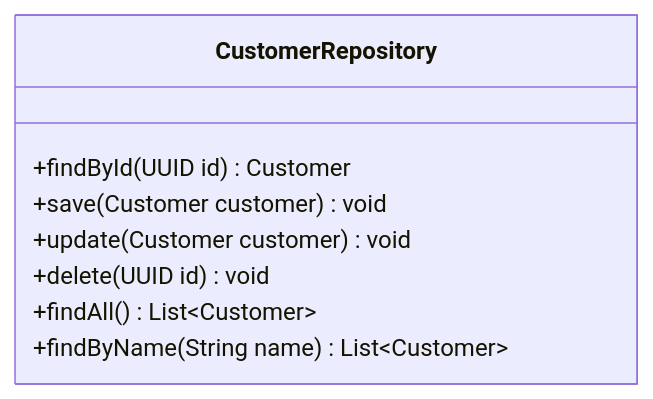
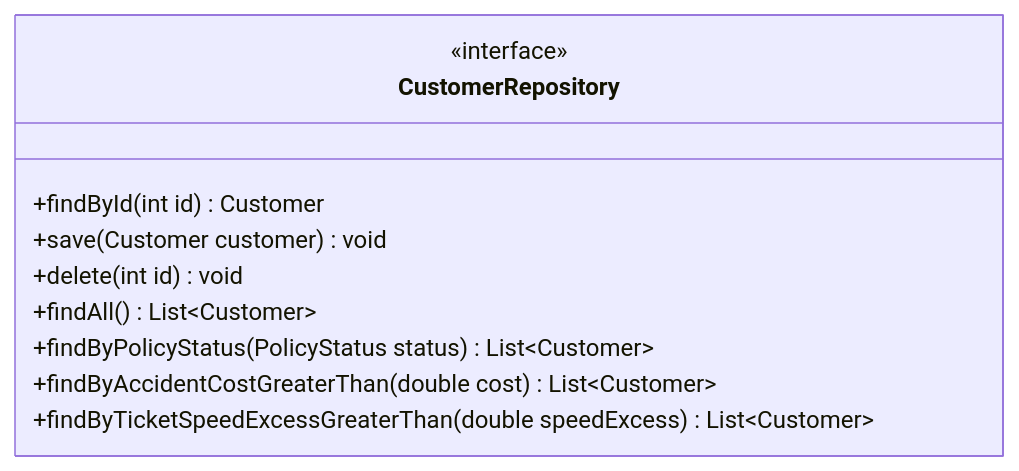
Before and after one commit to SirSimon04/clean-car-insurance: the sixth of 6 diagrams in Autoversicherung.md, drawn with Mermaid. The commit also changed other lines of this file, not shown here.

````diff
--- a/Autoversicherung.md
+++ b/Autoversicherung.md
@@ -281,11 +280,13 @@
 ```mermaid
 classDiagram
 class CustomerRepository {
-  +findById(UUID id) Customer
-  +save(Customer customer) void
-  +update(Customer customer) void
-  +delete(UUID id) void
+  +findById(int id) Customer
+  +save(Customer customer) void  
+  +delete(int id) void
   +findAll() List~Customer~
-  +findByName(String name) List~Customer~
+  +findByPolicyStatus(PolicyStatus status) List~Customer~
+  +findByAccidentCostGreaterThan(double cost) List~Customer~
+  +findByTicketSpeedExcessGreaterThan(double speedExcess) List~Customer~
 }
+<<interface>>CustomerRepository
 ```
````
